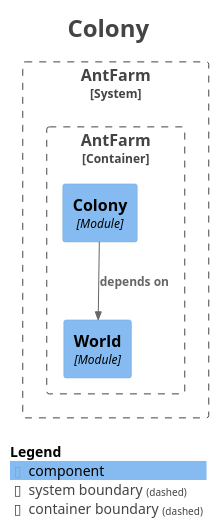
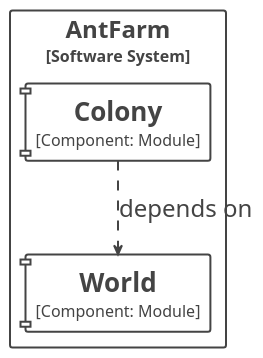
One commit to BlockCat/ddd-ants changed the diagram in src/main/resources/static/docs/module-colony.puml. Above: the diagram before and after it, drawn with PlantUML. The commit also changed 57 other files, not shown here.

```diff
--- a/src/main/resources/static/docs/module-colony.puml
+++ b/src/main/resources/static/docs/module-colony.puml
@@ -1,30 +1,56 @@
 @startuml
-title <size:24>Colony</size>
 
 set separator none
 top to bottom direction
+hide stereotype
+
+skinparam {
+  componentStyle uml1
+}
 
 <style>
   root {
-    BackgroundColor: #ffffff
-    FontColor: #444444
+    BackgroundColor: #ffffff;
+    FontColor: #444444;
+  }
+  // Element,Component
+  .Element-RWxlbWVudCxDb21wb25lbnQ= {
+    BackgroundColor: #ffffff;
+    LineColor: #444444;
+    LineStyle: 0;
+    LineThickness: 2;
+    FontColor: #444444;
+    FontSize: 24;
+    HorizontalAlignment: center;
+    Shadowing: 0;
+    MaximumWidth: 450;
+  }
+  // Relationship
+  .Relationship-UmVsYXRpb25zaGlw {
+    LineThickness: 2;
+    LineStyle: 10-10;
+    LineColor: #444444;
+    FontColor: #444444;
+    FontSize: 24;
+  }
+  // AntFarm
+  .Boundary-QW50RmFybQ== {
+    BackgroundColor: #ffffff;
+    LineColor: #444444;
+    LineStyle: 0;
+    LineThickness: 2;
+    FontColor: #444444;
+    FontSize: 24;
+    HorizontalAlignment: center;
+    Shadowing: 0;
   }
 </style>
 
-!include <C4/C4>
-!include <C4/C4_Context>
-!include <C4/C4_Component>
-
-System_Boundary("AntFarm_boundary", "AntFarm", $tags="") {
-  Container_Boundary("AntFarm.AntFarm_boundary", "AntFarm", $tags="") {
-    Component(AntFarm.AntFarm.World, "World", $techn="Module", $descr="", $tags="", $link="")
-    Component(AntFarm.AntFarm.Colony, "Colony", $techn="Module", $descr="", $tags="", $link="")
-  }
-
+rectangle "AntFarm\n<size:16>[Software System]</size>" <<Boundary-QW50RmFybQ==>> {
+  component "==World\n<size:16>[Component: Module]</size>" <<Element-RWxlbWVudCxDb21wb25lbnQ=>> as AntFarm.AntFarm.World
+  component "==Colony\n<size:16>[Component: Module]</size>" <<Element-RWxlbWVudCxDb21wb25lbnQ=>> as AntFarm.AntFarm.Colony
 }
 
-Rel(AntFarm.AntFarm.Colony, AntFarm.AntFarm.World, "depends on", $techn="", $tags="", $link="")
+AntFarm.AntFarm.Colony --> AntFarm.AntFarm.World <<Relationship-UmVsYXRpb25zaGlw>> : "depends on"
 
-SHOW_LEGEND(true)
-hide stereotypes
 @enduml
```
